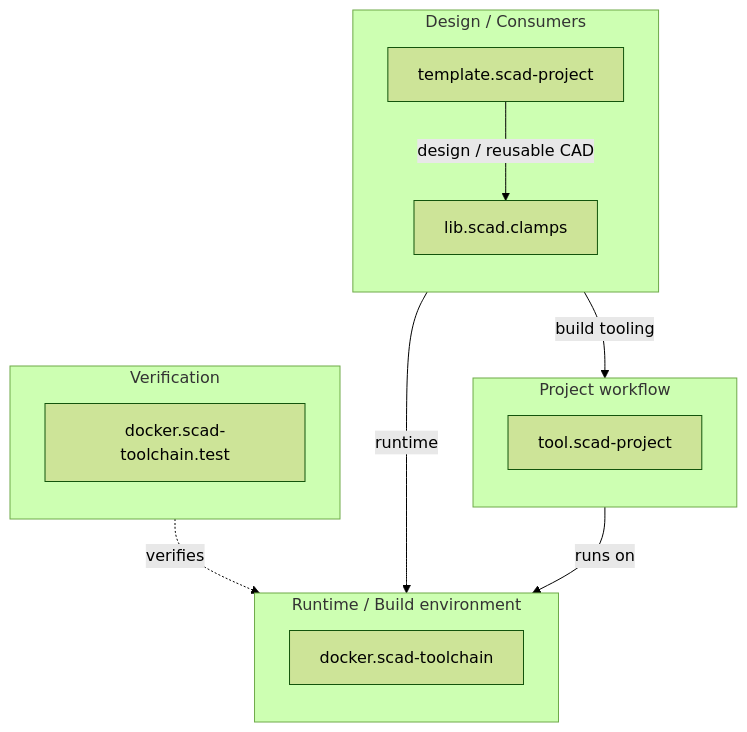
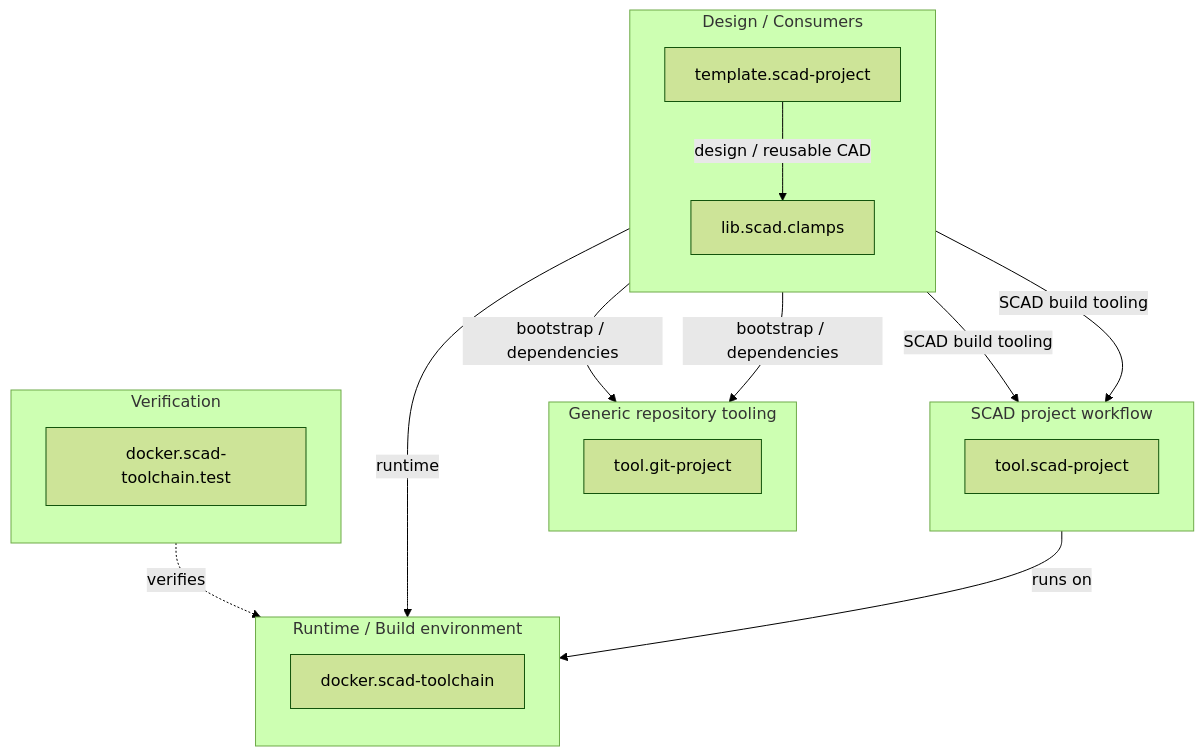
One commit to brainboxemb/meta.scad-projects changed the first of 3 diagrams in docs/architecture.md. Above: the diagram before and after it, drawn with Mermaid (forest theme). The commit also changed other lines of this file and 8 other files, not shown here.

First line of the commit message:
Insert tool.git-project adoption before build telemetry (#4)

````diff
--- a/docs/architecture.md
+++ b/docs/architecture.md
@@ -14,32 +18,41 @@
 ```mermaid
 flowchart TD
+
+    subgraph GIT["Generic repository tooling"]
+        direction TB
+        GITTOOL["tool.git-project"]
+    end
 
     subgraph RUNTIME["Runtime / Build environment"]
         direction TB
         TOOLCHAIN["docker.scad-toolchain"]
     end
 
-    subgraph WORKFLOW["Project workflow"]
+    subgraph WORKFLOW["SCAD project workflow"]
         direction TB
         TOOL["tool.scad-project"]
     end
 
     subgraph DESIGN["Design / Consumers"]
         direction TB
         TEMPLATE["template.scad-project"]
         CLAMPS["lib.scad.clamps"]
     end
 
     subgraph VERIFY["Verification"]
         direction TB
         TOOLCHAIN_TEST["docker.scad-toolchain.test"]
     end
 
-    TEMPLATE -->|"build tooling"| TOOL
+    TEMPLATE -->|"bootstrap / dependencies"| GITTOOL
+    CLAMPS -->|"bootstrap / dependencies"| GITTOOL
+
+    TEMPLATE -->|"SCAD build tooling"| TOOL
+    CLAMPS -->|"SCAD build tooling"| TOOL
     TEMPLATE -->|"runtime"| TOOLCHAIN
     TEMPLATE -->|"design / reusable CAD"| CLAMPS
 
     TOOL -->|"runs on"| TOOLCHAIN
 
     TOOLCHAIN_TEST -.->|"verifies"| TOOLCHAIN
 ```
````
